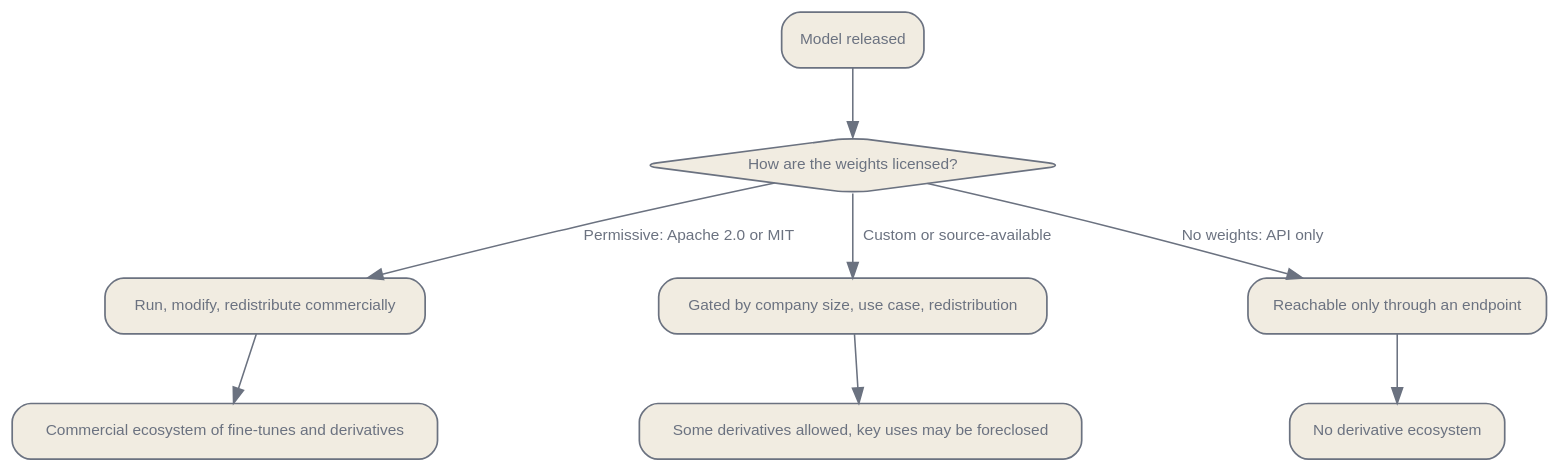
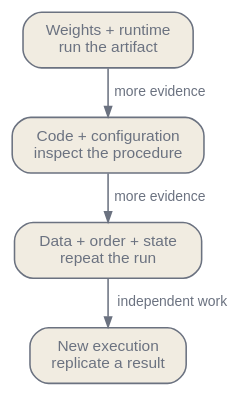
One commit to latere-ai/ai-as-an-infrastructure changed the second of 4 diagrams in en/ecosystem/01-model-landscape.qmd. Above: the diagram before and after it, drawn with Graphviz. The commit also changed other lines of this file and 4 other files, not shown here.

Commit message:
docs: rewrite model landscape

````diff
--- a/en/ecosystem/01-model-landscape.qmd
+++ b/en/ecosystem/01-model-landscape.qmd
@@ -175,26 +150,21 @@
 ```{dot}
-//| label: fig-model-landscape-license
-//| fig-cap: "Licensing as a legal layer above the weights. Two models with identical, downloadable weights diverge at the license: a permissive license anchors a commercial derivative ecosystem, while a restrictive or no-weights license forecloses it regardless of model quality."
-digraph {
+//| label: fig-artifact-evidence
+//| fig-cap: "Artifacts support different claims. More material can make stronger checks possible, but no rung automatically proves safety or trustworthiness. Independent replication also requires a new execution, not merely another released file."
+digraph artifact_evidence {
   bgcolor="transparent";
   rankdir=TB;
-  nodesep=1.8; ranksep=0.6;
-  node [shape=box, style="rounded,filled", fontname="Helvetica", fontsize=10, color="#6b7280", fontcolor="#6b7280", fillcolor="#f1ece1", penwidth=1.1];
-  edge [fontsize=10, fontname="Helvetica", color="#6b7280", fontcolor="#6b7280"];
-  W [label="Model released"];
-  Q [label="How are the weights licensed?", shape=diamond];
-  P [label="Run, modify, redistribute commercially"];
-  R [label="Gated by company size, use case, redistribution"];
-  N [label="Reachable only through an endpoint"];
-  E1 [label="Commercial ecosystem of fine-tunes and derivatives"];
-  E2 [label="Some derivatives allowed, key uses may be foreclosed"];
-  E3 [label="No derivative ecosystem"];
-  W -> Q;
-  Q -> P [label="Permissive: Apache 2.0 or MIT"];
-  Q -> R [label="Custom or source-available"];
-  Q -> N [label="No weights: API only"];
-  P -> E1;
-  R -> E2;
-  N -> E3;
+  nodesep=0.16;
+  ranksep=0.30;
+  node [shape=box, style="rounded,filled", fontname="Helvetica", fontsize=10,
+        color="#6b7280", fontcolor="#6b7280", fillcolor="#f1ece1",
+        margin="0.12,0.08"];
+  edge [color="#6b7280", arrowsize=0.65];
+  W [label="Weights + runtime\nrun the artifact"];
+  C [label="Code + configuration\ninspect the procedure"];
+  D [label="Data + order + state\nrepeat the run"];
+  R [label="New execution\nreplicate a result"];
+  W -> C [label="more evidence", fontsize=9, fontname="Helvetica", fontcolor="#6b7280"];
+  C -> D [label="more evidence", fontsize=9, fontname="Helvetica", fontcolor="#6b7280"];
+  D -> R [label="independent work", fontsize=9, fontname="Helvetica", fontcolor="#6b7280"];
 }
 ```
````
